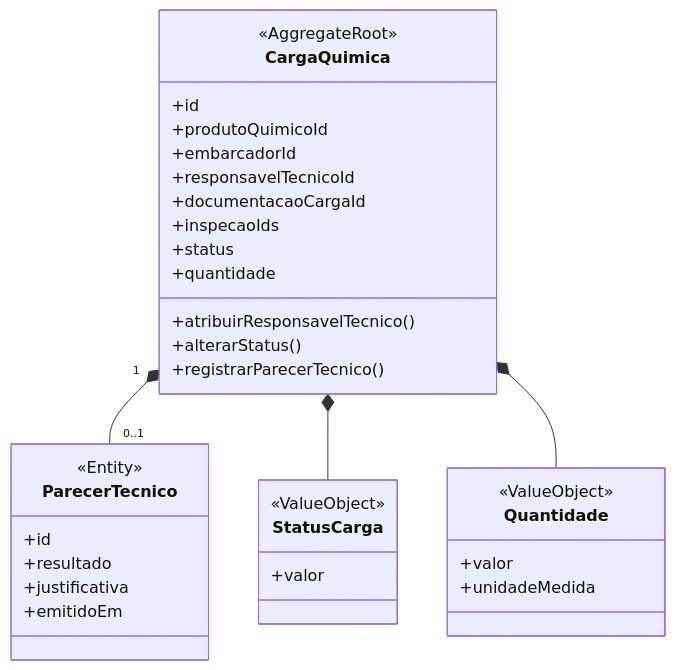
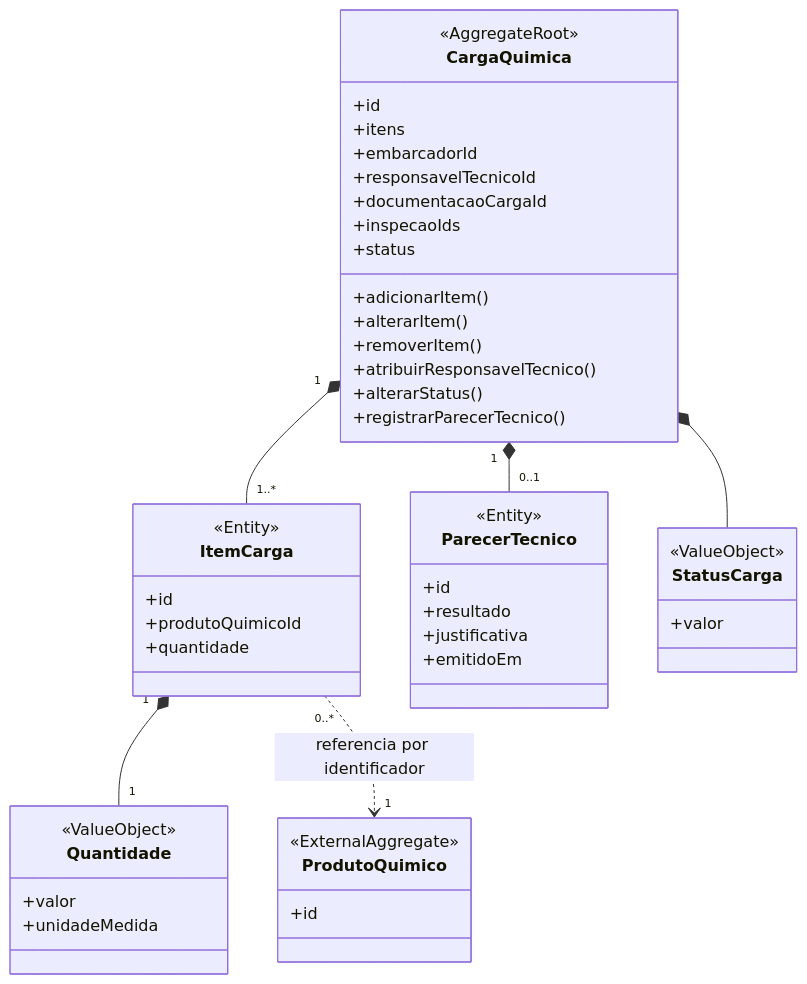
One commit to TechChallengeFiap/Quimovia changed the second of 6 diagrams in docs/02-modelagem-com-ddd.md. Above: the diagram before and after it, drawn with Mermaid. The commit also changed other lines of this file and 3 other files, not shown here.

````diff
--- a/docs/02-modelagem-com-ddd.md
+++ b/docs/02-modelagem-com-ddd.md
@@ -68,40 +71,57 @@
 ```mermaid
 classDiagram
+    direction TB
     class CargaQuimica {
         <<AggregateRoot>>
         +id
-        +produtoQuimicoId
+        +itens
         +embarcadorId
         +responsavelTecnicoId
         +documentacaoCargaId
         +inspecaoIds
         +status
-        +quantidade
+        +adicionarItem()
+        +alterarItem()
+        +removerItem()
         +atribuirResponsavelTecnico()
         +alterarStatus()
         +registrarParecerTecnico()
+    }
+
+    class ItemCarga {
+        <<Entity>>
+        +id
+        +produtoQuimicoId
+        +quantidade
+    }
+
+    class ProdutoQuimico {
+        <<ExternalAggregate>>
+        +id
     }
 
     class ParecerTecnico {
         <<Entity>>
         +id
         +resultado
         +justificativa
         +emitidoEm
     }
 
     class StatusCarga {
         <<ValueObject>>
         +valor
     }
 
     class Quantidade {
         <<ValueObject>>
         +valor
         +unidadeMedida
     }
 
+    CargaQuimica "1" *-- "1..*" ItemCarga
     CargaQuimica "1" *-- "0..1" ParecerTecnico
     CargaQuimica *-- StatusCarga
-    CargaQuimica *-- Quantidade
+    ItemCarga "1" *-- "1" Quantidade
+    ItemCarga "0..*" ..> "1" ProdutoQuimico : referencia por identificador
 ```
````
